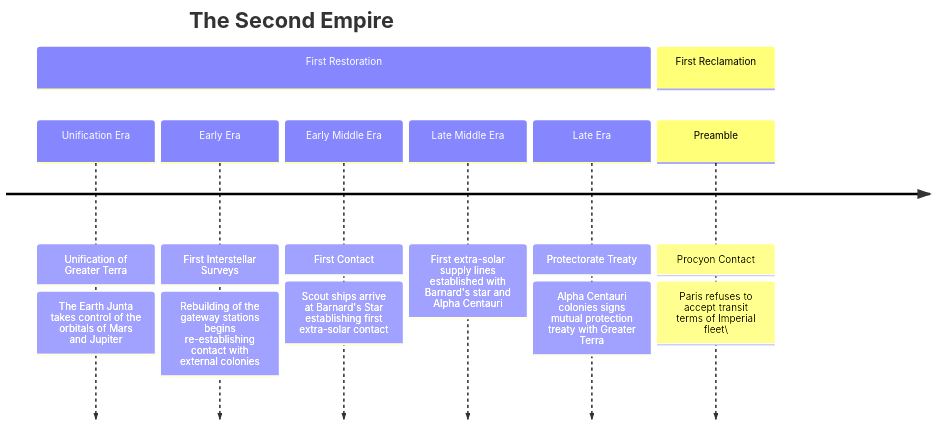
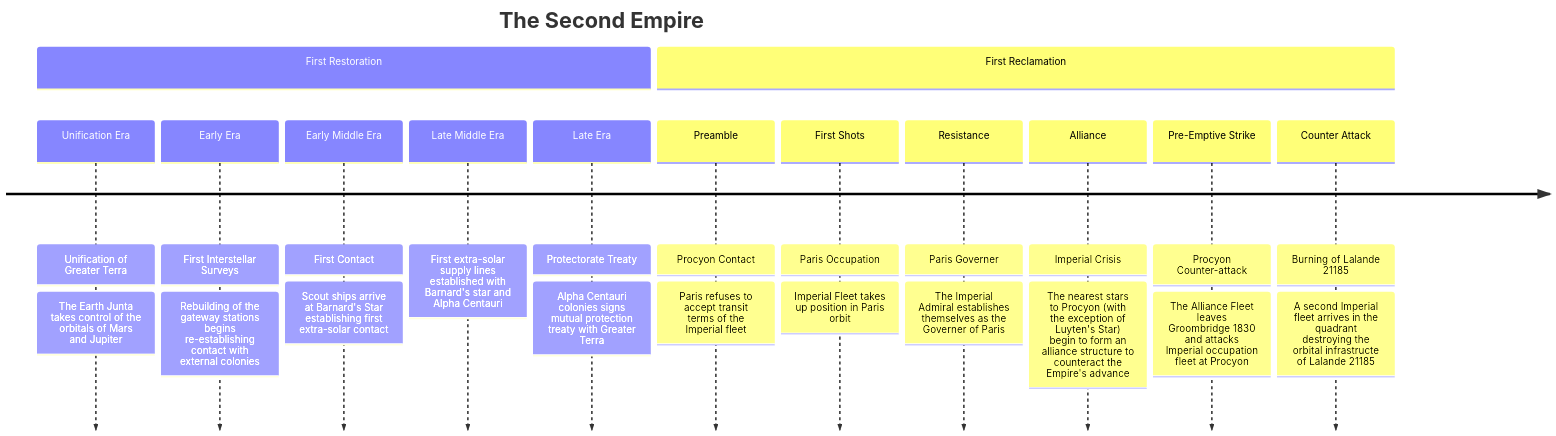
Before and after one commit to Ragitron/World-Anvil: the diagram in Timelines/second-empire-timeline.md, drawn with Mermaid. The commit also changed 14 other files, not shown here.

````diff
--- a/Timelines/second-empire-timeline.md
+++ b/Timelines/second-empire-timeline.md
@@ -6,14 +6,19 @@
 ```mermaid
 timeline
 	title The Second Empire
 		section First Restoration
 			Unification Era : Unification of Greater Terra :  The Earth  Junta takes control of the orbitals of Mars and Jupiter
 			Early Era : First Interstellar Surveys : Rebuilding of the gateway stations begins re-establishing contact with external colonies
 			Early Middle Era : First Contact : Scout ships arrive at Barnard's Star establishing first extra-solar contact 
 			Late Middle Era : First extra-solar supply lines established with Barnard's star and Alpha Centauri
 			Late Era : Protectorate Treaty : Alpha Centauri colonies signs mutual protection treaty with Greater Terra
 
 		section First Reclamation
-			Preamble : Procyon Contact : Paris refuses to accept transit terms of Imperial fleet\
-			
+			Preamble : Procyon Contact : Paris refuses to accept transit terms of the Imperial fleet
+			First Shots : Paris Occupation : Imperial Fleet takes up position in Paris orbit 
+			Resistance : Paris Governer : The Imperial Admiral establishes themselves as the Governer of Paris 
+			Alliance : Imperial Crisis : The nearest stars to Procyon (with the exception of Luyten's Star) begin to form an alliance structure to counteract the Empire's advance
+			Pre-Emptive Strike : Procyon Counter-attack : The Alliance Fleet leaves Groombridge 1830 and attacks Imperial occupation fleet at Procyon 
+			Counter Attack : Burning of Lalande 21185 : A second Imperial fleet arrives in the quadrant destroying the orbital infrastructe of Lalande 21185  
+
 ```
````
